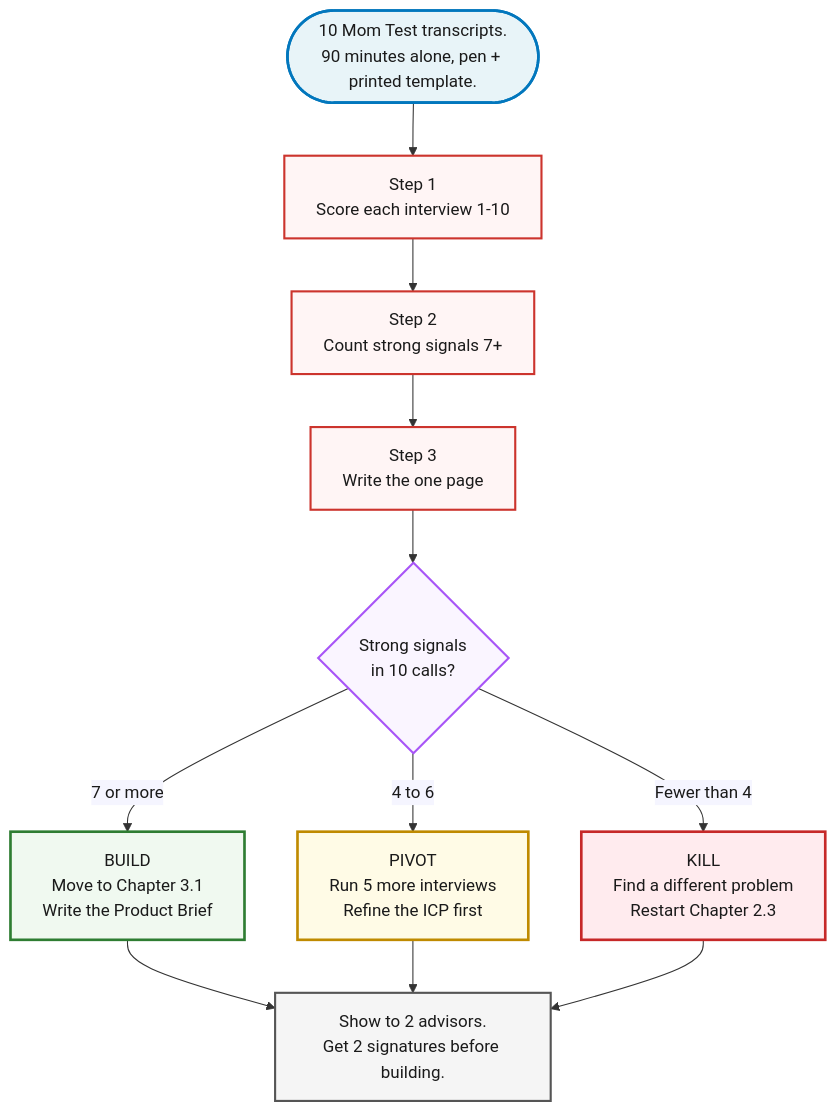
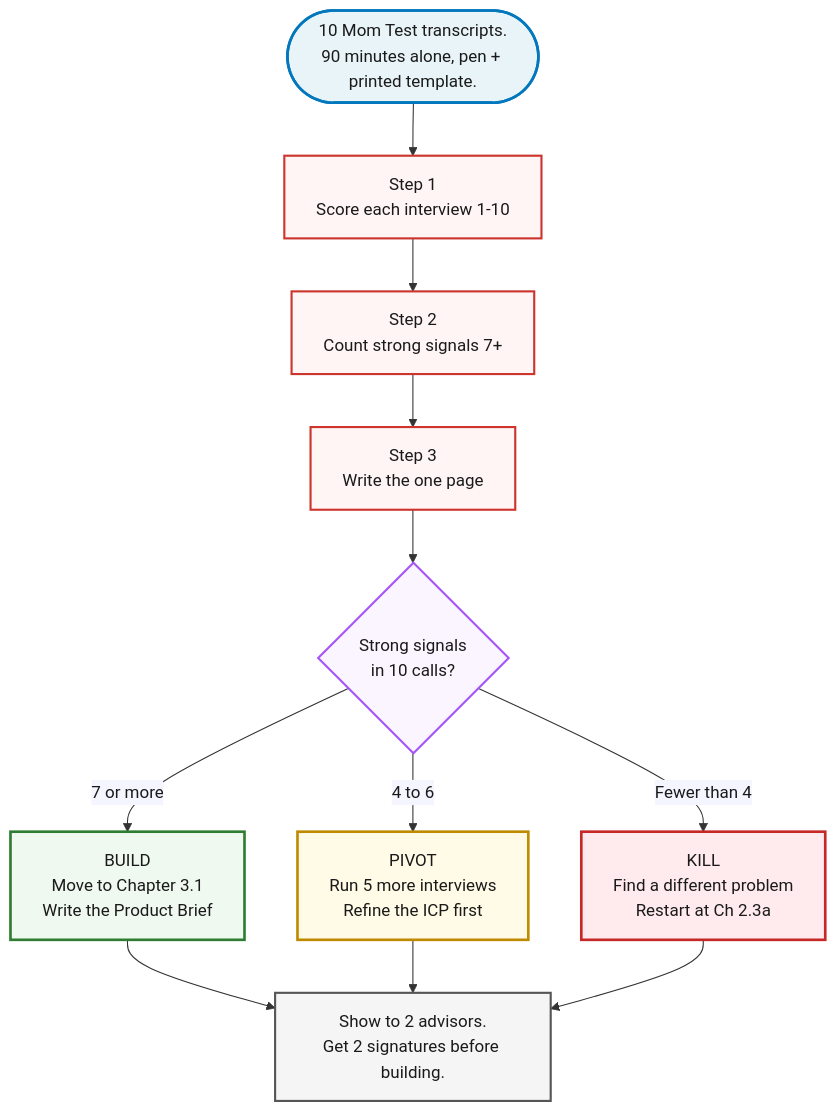
One commit to jetthoughts/jetthoughts.github.io changed the diagram in content/course/tech-for-non-technical-founders-2026/mom-test-synthesis-build-pivot-kill/index.md. Above: the diagram before and after it, drawn with Mermaid. The commit also changed other lines of this file and 20 other files, not shown here.

````diff
--- a/content/course/tech-for-non-technical-founders-2026/mom-test-synthesis-build-pivot-kill/index.md
+++ b/content/course/tech-for-non-technical-founders-2026/mom-test-synthesis-build-pivot-kill/index.md
@@ -59,31 +59,31 @@
 ```mermaid
 %%{init: {'theme':'base', 'themeVariables': {'fontFamily':'Caveat, Patrick Hand, cursive', 'primaryColor':'#fff5f5', 'primaryBorderColor':'#cc342d', 'lineColor':'#333', 'primaryTextColor':'#1a1a1a'}}}%%
 flowchart TD
     Start(["10 Mom Test transcripts.<br/>90 minutes alone, pen + printed template."])
     Start --> S1[Step 1<br/>Score each interview 1-10]
     S1 --> S2[Step 2<br/>Count strong signals 7+]
     S2 --> S3[Step 3<br/>Write the one page]
     S3 --> S4{Strong signals<br/>in 10 calls?}
     S4 -->|7 or more| Build[BUILD<br/>Move to Chapter 3.1<br/>Write the Product Brief]
     S4 -->|4 to 6| Pivot[PIVOT<br/>Run 5 more interviews<br/>Refine the ICP first]
-    S4 -->|Fewer than 4| Kill[KILL<br/>Find a different problem<br/>Restart Chapter 2.3]
+    S4 -->|Fewer than 4| Kill[KILL<br/>Find a different problem<br/>Restart at Ch 2.3a]
     Build --> Sign[Show to 2 advisors.<br/>Get 2 signatures before building.]
     Pivot --> Sign
     Kill --> Sign
 
     classDef start fill:#e8f4f8,stroke:#0277bd,stroke-width:2.5px,color:#1a1a1a
     classDef step fill:#fff5f5,stroke:#cc342d,stroke-width:2px,color:#1a1a1a
     classDef decision fill:#faf5ff,stroke:#a855f7,stroke-width:2px,color:#1a1a1a
     classDef build fill:#f0f9f0,stroke:#2e7d32,stroke-width:2.5px,color:#1a1a1a
     classDef pivot fill:#fffbe6,stroke:#bf8a00,stroke-width:2.5px,color:#1a1a1a
     classDef kill fill:#ffebee,stroke:#c62828,stroke-width:2.5px,color:#1a1a1a
     classDef sign fill:#f5f5f5,stroke:#555,stroke-width:2px,color:#1a1a1a
 
     class Start start
     class S1,S2,S3 step
     class S4 decision
     class Build build
     class Pivot pivot
     class Kill kill
     class Sign sign
 ```
````
